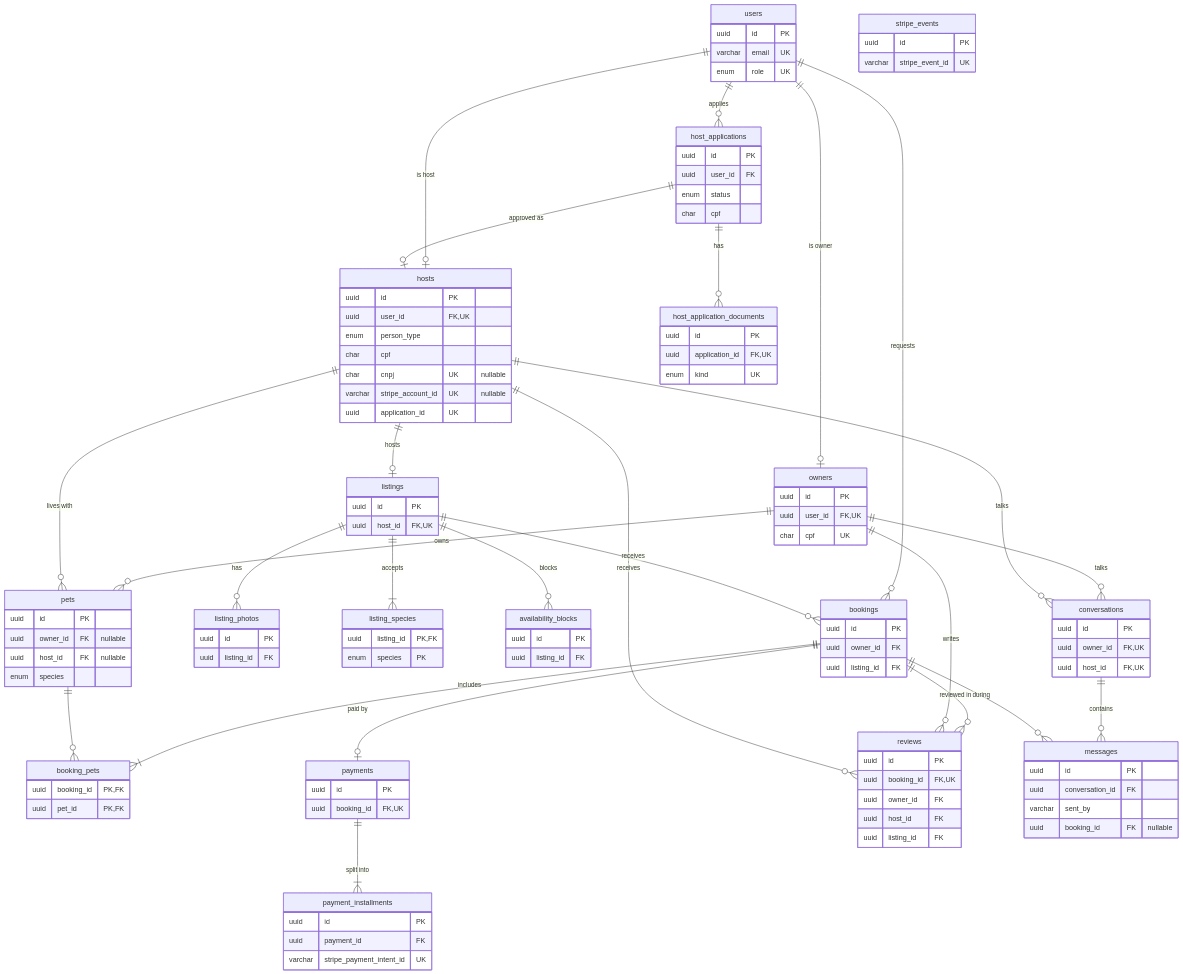
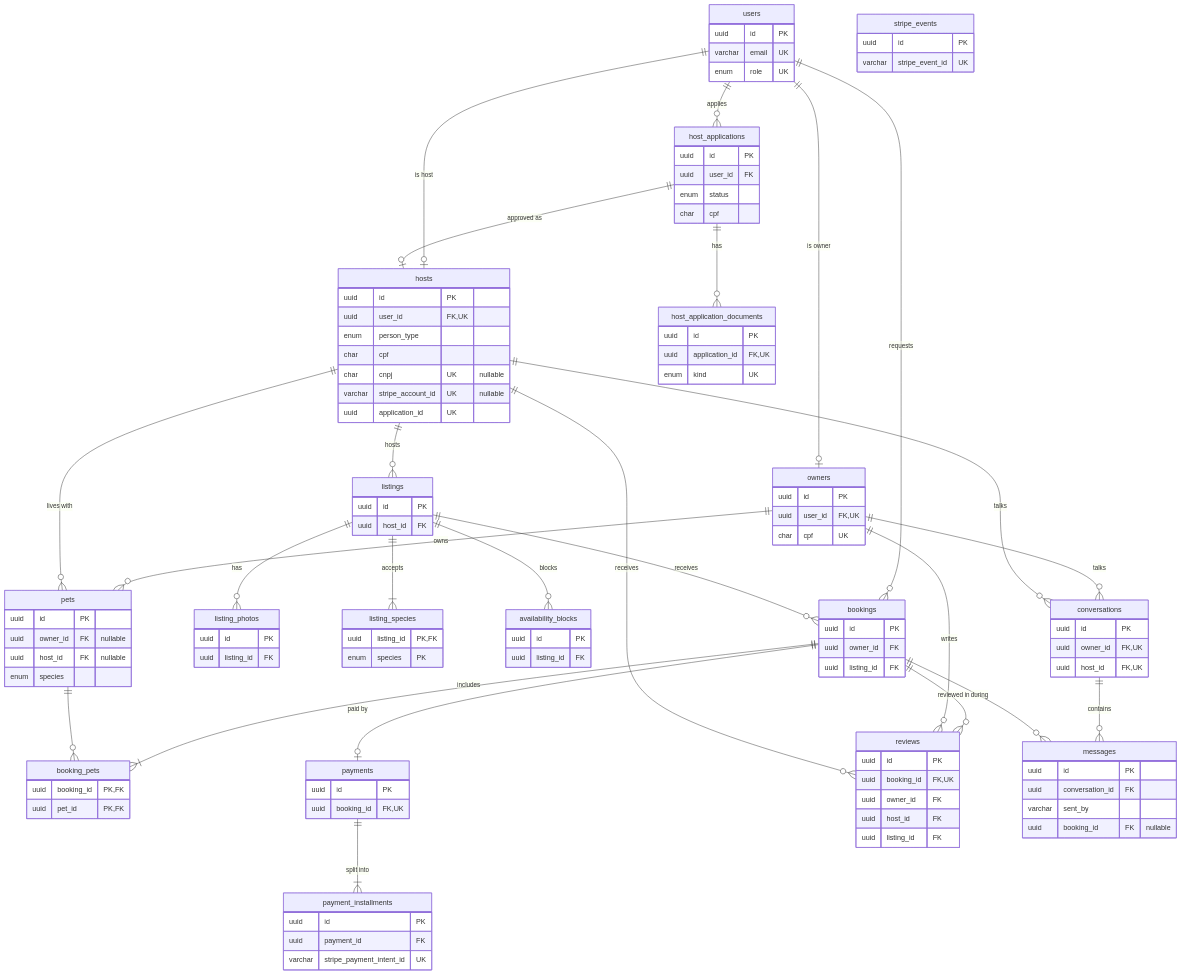
Before and after one commit to Olival42/pethost_backend: the diagram in docs/escopo-mvp.md, drawn with Mermaid. The commit also changed other lines of this file, not shown here.

```diff
--- a/docs/escopo-mvp.md
+++ b/docs/escopo-mvp.md
@@ -214,7 +214,7 @@
     host_applications ||--o| hosts : "approved as"
     owners ||--o{ pets : "owns"
     hosts ||--o{ pets : "lives with"
-    hosts ||--o| listings : "hosts"
+    hosts ||--o{ listings : "hosts"
     listings ||--o{ listing_photos : "has"
     listings ||--|{ listing_species : "accepts"
     listings ||--o{ availability_blocks : "blocks"
@@ -269,7 +269,7 @@
     }
     listings {
         uuid id PK
-        uuid host_id FK, UK
+        uuid host_id FK
     }
     listing_photos {
         uuid id PK
```
